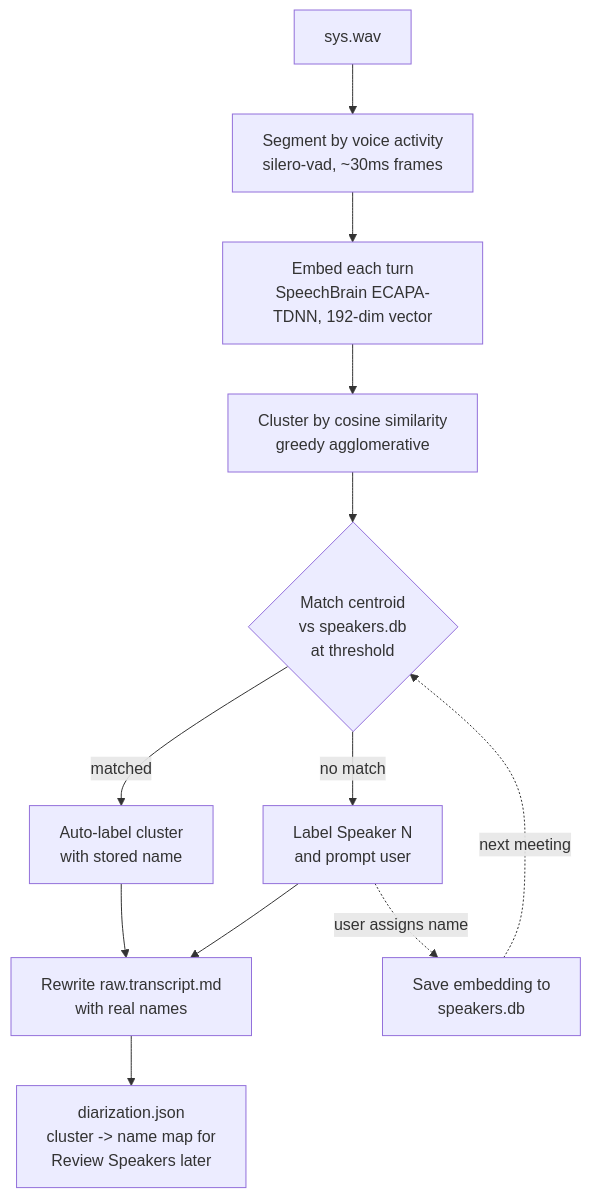
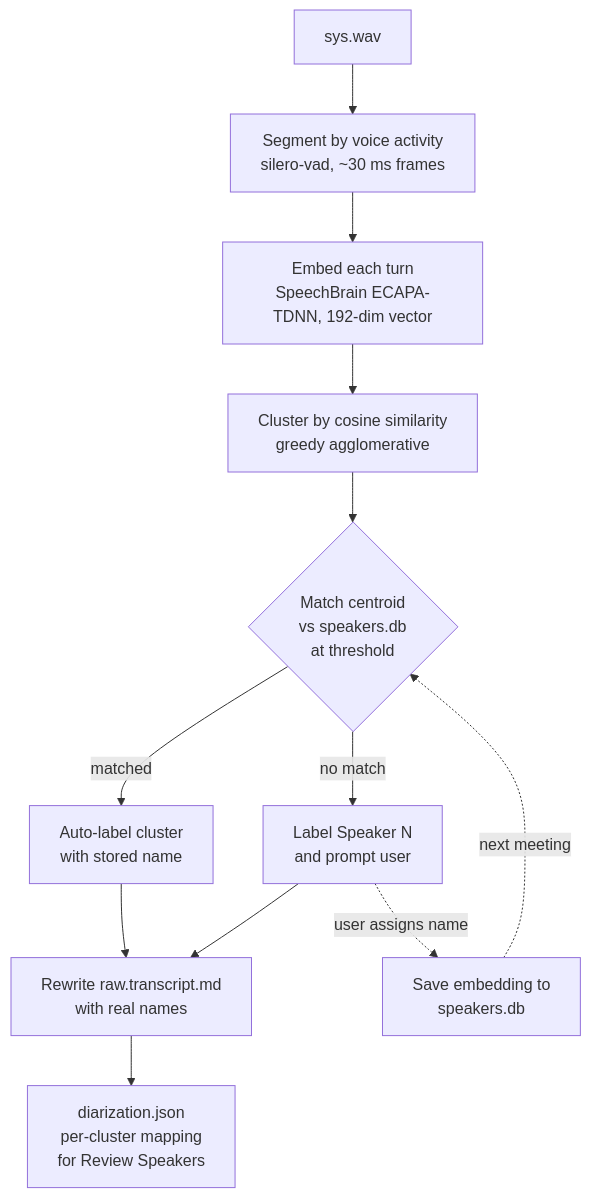
The fourth of 7 diagrams in README.md (aarondodd/meeting-notetaker), drawn with Mermaid before and after one commit. The commit also changed other lines of this file and 16 other files, not shown here.

````diff
--- a/README.md
+++ b/README.md
@@ -588,14 +677,14 @@
 ```mermaid
 flowchart TD
-    A[sys.wav] --> B[Segment by voice activity<br/>silero-vad, ~30ms frames]
+    A[sys.wav] --> B[Segment by voice activity<br/>silero-vad, ~30 ms frames]
     B --> C[Embed each turn<br/>SpeechBrain ECAPA-TDNN, 192-dim vector]
     C --> D[Cluster by cosine similarity<br/>greedy agglomerative]
     D --> E{Match centroid<br/>vs speakers.db<br/>at threshold}
     E -->|matched| F[Auto-label cluster<br/>with stored name]
     E -->|no match| G[Label Speaker N<br/>and prompt user]
     F --> H[Rewrite raw.transcript.md<br/>with real names]
     G --> H
     G -. user assigns name .-> I[Save embedding to<br/>speakers.db]
     I -. next meeting .-> E
-    H --> J[diarization.json<br/>cluster -> name map for<br/>Review Speakers later]
+    H --> J[diarization.json<br/>per-cluster mapping<br/>for Review Speakers]
 ```
````
